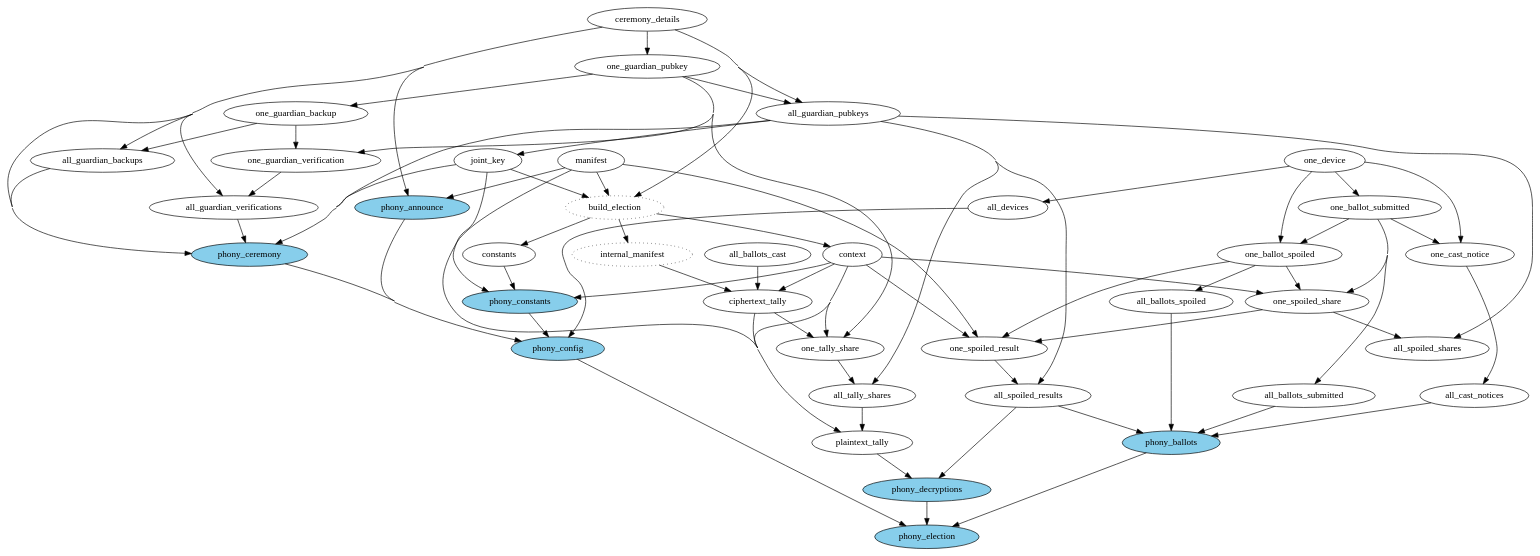
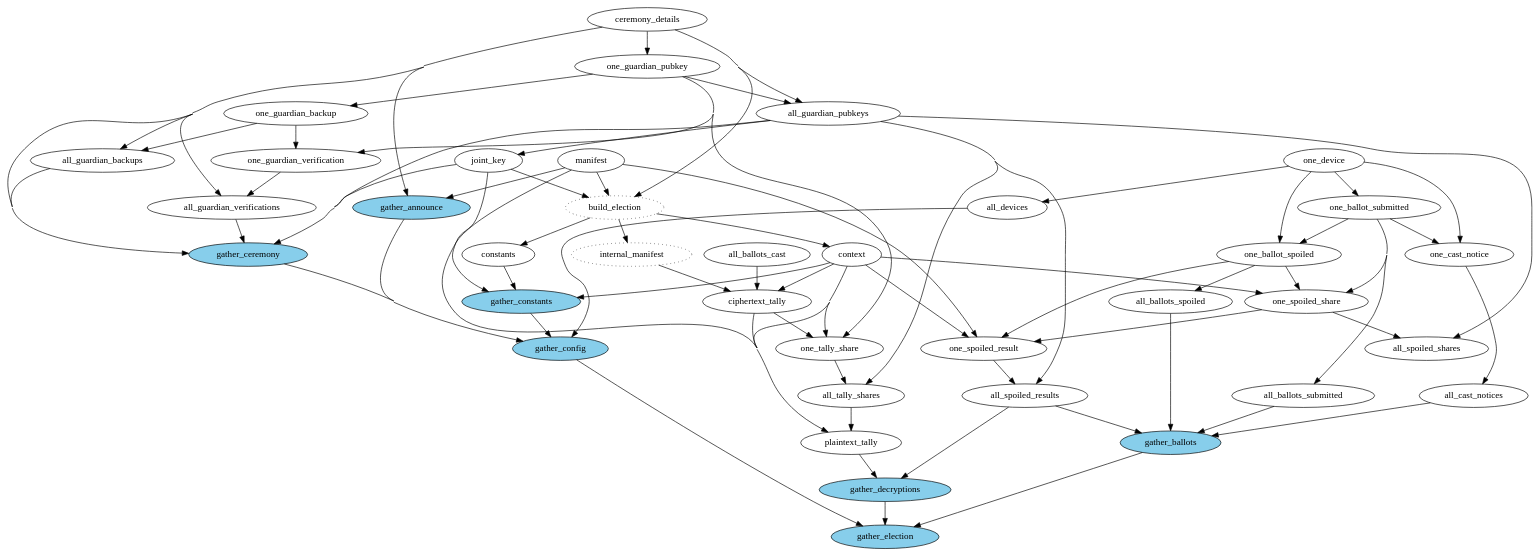
Before and after one commit to jefdaj/electionguard-cardano: the diagram in milestone1/verifier/scripts/verifier_deps.dot, drawn with Graphviz. The commit also changed 5 other files, not shown here.

```diff
--- a/milestone1/verifier/scripts/verifier_deps.dot
+++ b/milestone1/verifier/scripts/verifier_deps.dot
@@ -1,80 +1,80 @@
 digraph verifier_deps {
   concentrate=true
 
   # nodes from PUBLIC_RECORDS keys
   manifest
   ceremony_details
   one_guardian_pubkey
   one_guardian_backup # TODO remove? not sure whether these are considered public
   one_guardian_verification
   joint_key
   constants
   context
   one_device
   one_ballot_submitted
   one_cast_notice
   one_ballot_spoiled
   ciphertext_tally
   one_tally_share
   one_spoiled_share
   plaintext_tally
   one_spoiled_result
 
   # "all" versions of things that are actually sets
   {ceremony_details,one_guardian_pubkey} -> all_guardian_pubkeys
   one_ballot_submitted -> all_ballots_submitted
   one_ballot_spoiled -> all_ballots_spoiled
   one_ballot_submitted -> one_cast_notice -> all_cast_notices
 
   one_ballot_submitted -> {one_spoiled_share,one_ballot_spoiled} -> one_spoiled_result
   one_guardian_pubkey -> one_tally_share
   {all_guardian_pubkeys, one_spoiled_share} -> all_spoiled_shares
   {all_guardian_pubkeys, one_spoiled_result} -> all_spoiled_results
   {all_guardian_pubkeys, one_tally_share} -> all_tally_shares
 
   # misc other nodes added manually
   build_election [style=dotted]    # not really a dep, but makes it cleaner # TODO remove?
   internal_manifest [style=dotted] # not serializable; have to build_election each time
 
   # dependenencies from guardian.py
   ceremony_details -> one_guardian_pubkey -> one_guardian_backup
 
   # TODO these should depend on the guardian pubkeys, not just the ceremony details,
   #      because they should be checking that those guardians signed them
   {ceremony_details,one_guardian_backup} -> all_guardian_backups
   {ceremony_details,one_guardian_verification} -> all_guardian_verifications
 
   {one_guardian_pubkey,one_guardian_backup} -> one_guardian_verification # TODO remove? it really depends on the *cardano* wallet key right?
   all_guardian_pubkeys -> joint_key
   {ciphertext_tally,context} -> one_tally_share
   {context,one_ballot_submitted,one_ballot_spoiled} -> one_spoiled_share
   
 
   # dependencies from device.py
   one_device -> {one_ballot_submitted,one_ballot_spoiled,one_cast_notice}
   one_device -> all_devices
 
   # dependenencies from admin.py
   {manifest,ceremony_details,joint_key} -> build_election -> {constants,internal_manifest,context}
   {internal_manifest,context,all_ballots_cast} -> ciphertext_tally
   {manifest,context,all_tally_shares,ciphertext_tally} -> plaintext_tally
   {manifest,context,one_spoiled_share,one_ballot_spoiled} -> one_spoiled_result
 
   # overall election cerfification/verification
   # TODO is this how people will see it? or will they only require the plaintext_tally?
   # (either way, this is the way to get the code working first)
 
   # backbone of "phony" nodes (in the Makefile sense) to make verification
   # proceed in a nice linear way. this way we can have our dependency graph but
   # still show human-readable output. note that the summary/verification step
   # is missing because it's done at the end
   node [style=filled, fillcolor=skyblue]
-  {manifest,ceremony_details} -> phony_announce
-  {ceremony_details,all_guardian_pubkeys,all_guardian_backups,all_guardian_verifications,joint_key} -> phony_ceremony
-  {joint_key,context,constants} -> phony_constants
-  {phony_announce,phony_ceremony,phony_constants,all_devices} -> phony_config
-  {all_ballots_submitted,all_ballots_spoiled,all_cast_notices,all_spoiled_results} -> phony_ballots
-  {plaintext_tally,all_spoiled_results} -> phony_decryptions
-  {phony_config,phony_ballots,phony_decryptions} -> phony_election
-  phony_election
+  {manifest,ceremony_details} -> gather_announce
+  {ceremony_details,all_guardian_pubkeys,all_guardian_backups,all_guardian_verifications,joint_key} -> gather_ceremony
+  {joint_key,context,constants} -> gather_constants
+  {gather_announce,gather_ceremony,gather_constants,all_devices} -> gather_config
+  {all_ballots_submitted,all_ballots_spoiled,all_cast_notices,all_spoiled_results} -> gather_ballots
+  {plaintext_tally,all_spoiled_results} -> gather_decryptions
+  {gather_config,gather_ballots,gather_decryptions} -> gather_election
+  gather_election
 }
```
